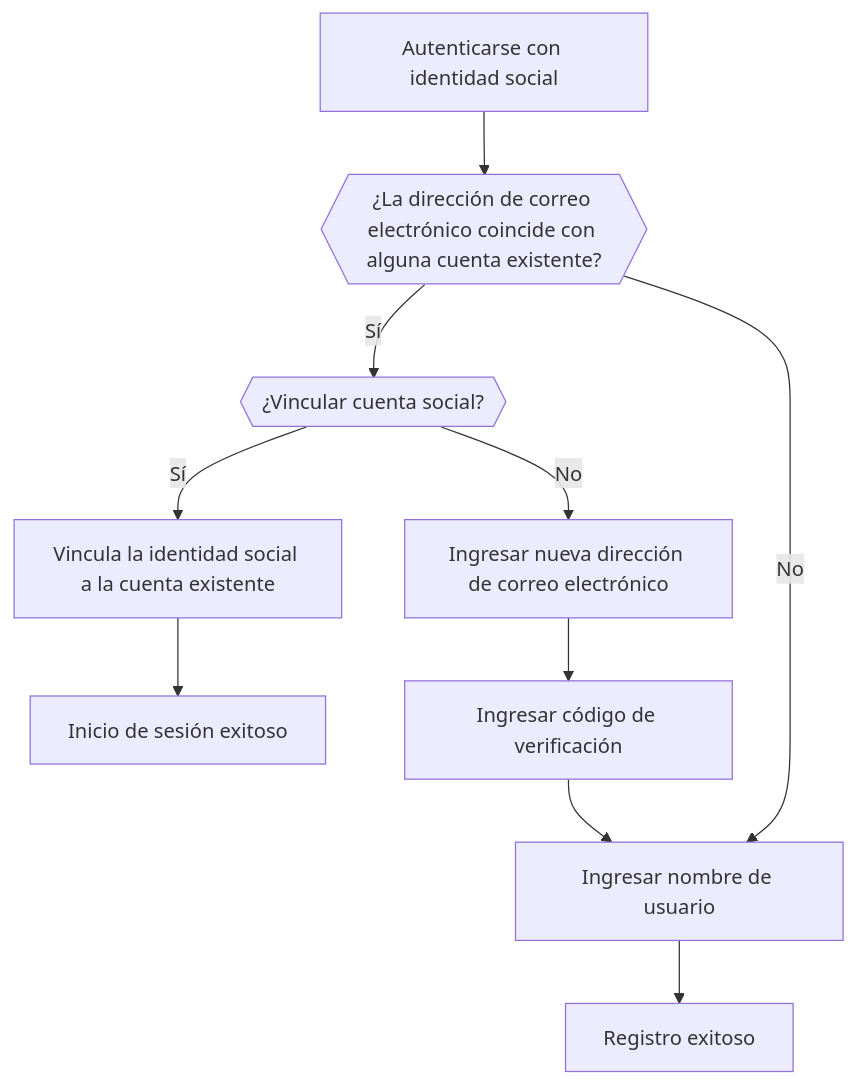
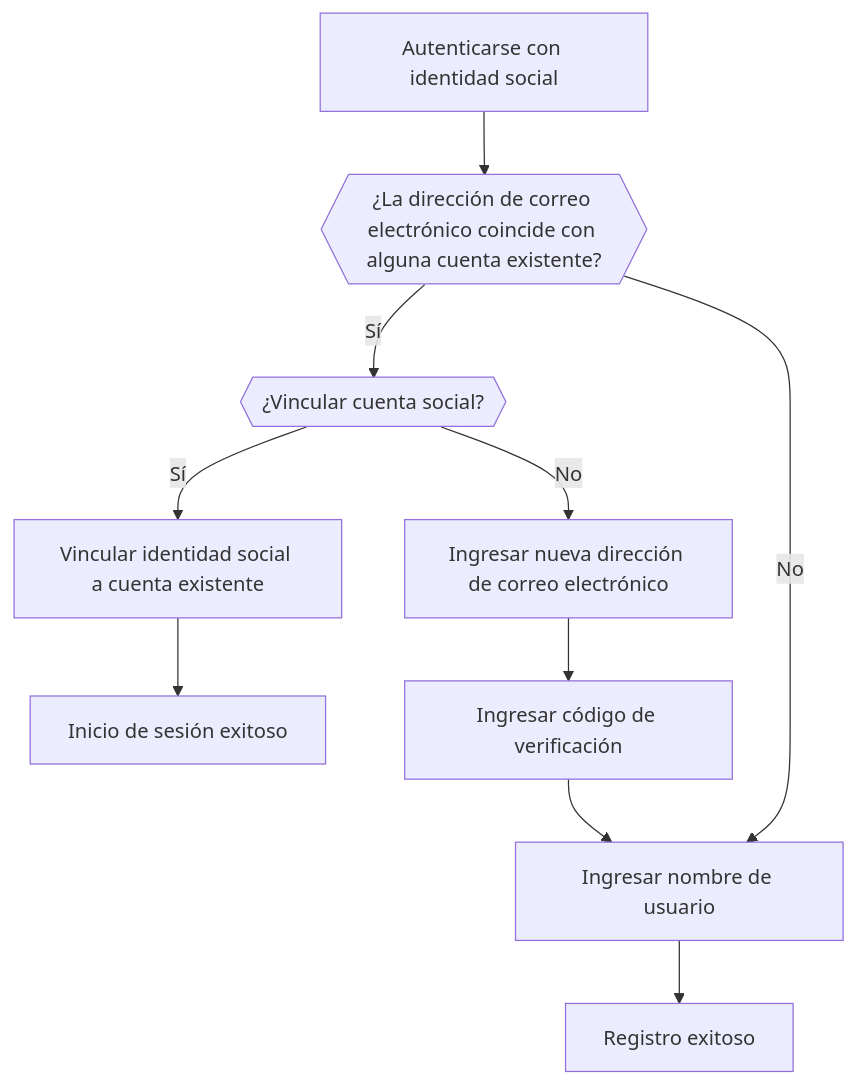
The fifth of 6 diagrams in i18n/es/docusaurus-plugin-content-docs/current/end-user-flows/sign-up-and-sign-in/social-sign-in.mdx (logto-io/docs), drawn with Mermaid before and after one commit. The commit also changed other lines of this file and 666 other files, not shown here.

````diff
--- a/i18n/es/docusaurus-plugin-content-docs/current/end-user-flows/sign-up-and-sign-in/social-sign-in.mdx
+++ b/i18n/es/docusaurus-plugin-content-docs/current/end-user-flows/sign-up-and-sign-in/social-sign-in.mdx
@@ -136,12 +136,12 @@
    ```mermaid
       flowchart TD
        A[Autenticarse con identidad social] --> B{{¿La dirección de correo electrónico coincide con alguna cuenta existente?}}
        B -- Sí --> C{{¿Vincular cuenta social?}}
-       C -- Sí --> D[Vincula la identidad social a la cuenta existente]
+       C -- Sí --> D[Vincular identidad social a cuenta existente]
        D --> E[Inicio de sesión exitoso]
        C -- No --> F[Ingresar nueva dirección de correo electrónico]
        F --> G[Ingresar código de verificación]
        G --> H[Ingresar nombre de usuario]
        H --> I[Registro exitoso]
        B -- No --> H
    ```
````
